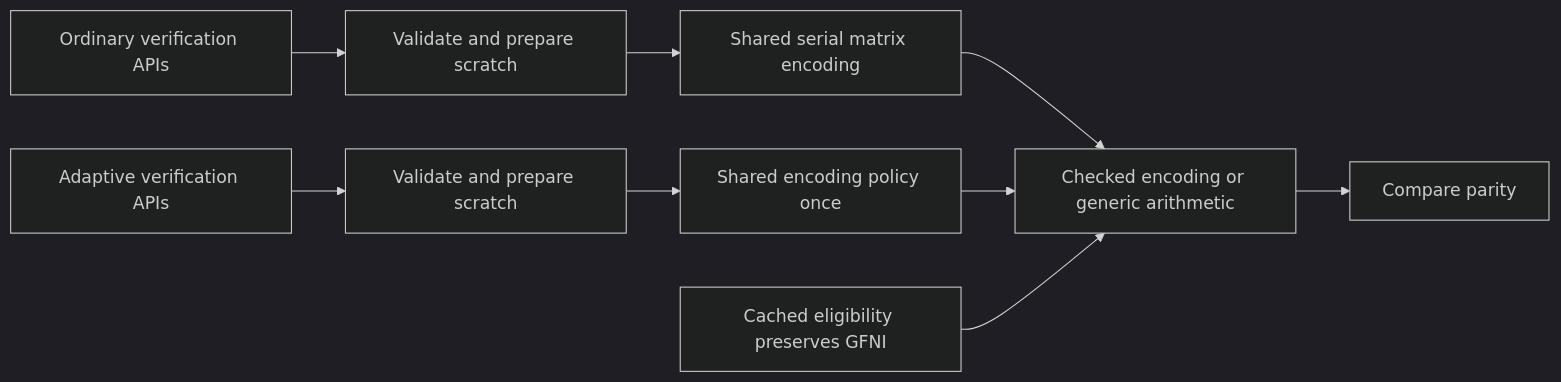
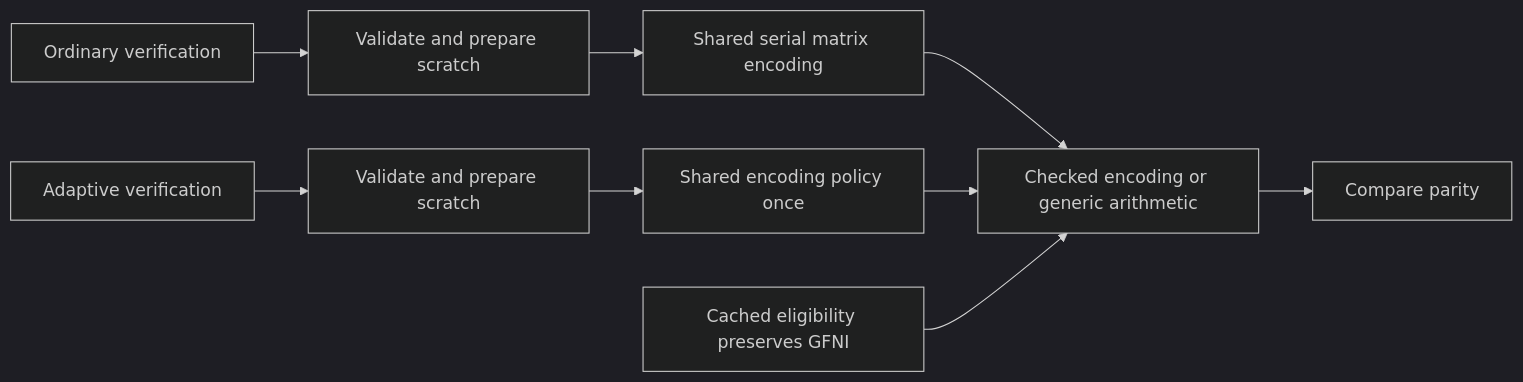
Before and after one commit to houseme/rustfs-erasure-codec: the diagram in docs/release-9.1.0-readiness-2026-10-23.md, drawn with Mermaid (dark theme). The commit also changed other lines of this file and 3 other files, not shown here.

````diff
--- a/docs/release-9.1.0-readiness-2026-10-23.md
+++ b/docs/release-9.1.0-readiness-2026-10-23.md
@@ -48,11 +46,11 @@
 ```mermaid
 flowchart LR
-    A[Ordinary verification APIs] --> B[Validate and prepare scratch]
+    A[Ordinary verification] --> B[Validate and prepare scratch]
     B --> S[Shared serial matrix encoding]
-    C[Adaptive verification APIs] --> D[Validate and prepare scratch]
+    C[Adaptive verification] --> D[Validate and prepare scratch]
     D --> P[Shared encoding policy once]
     S --> K[Checked encoding or generic arithmetic]
     P --> K
     E[Cached eligibility preserves GFNI] --> K
     K --> F[Compare parity]
 ```
````
